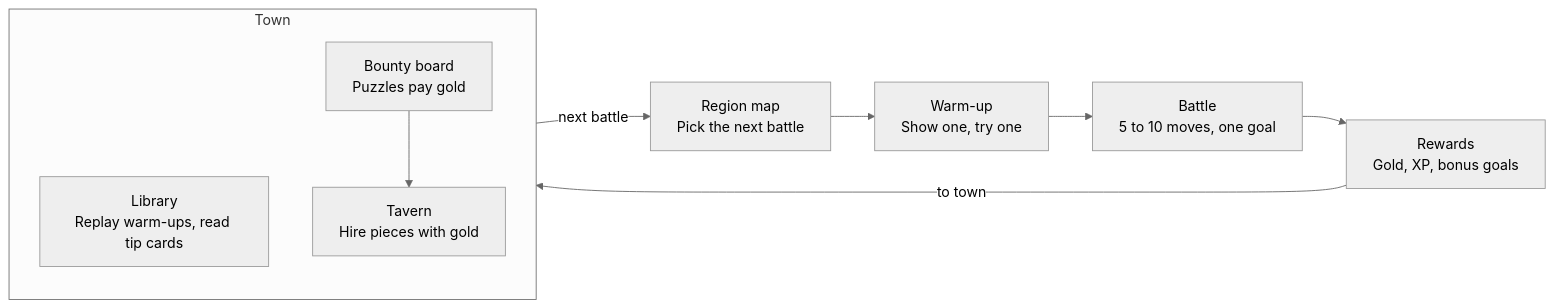
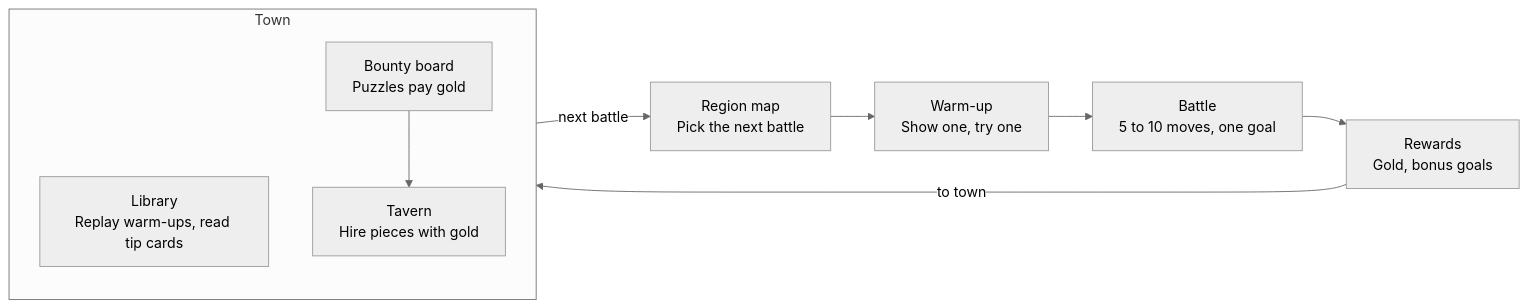
The diagram in docs/design.md (avoidthekitchen/chess-rpg-gauntlet), drawn with Mermaid (neutral theme) before and after one commit. The commit also changed other lines of this file and 8 other files, not shown here.

````diff
--- a/docs/design.md
+++ b/docs/design.md
@@ -23,12 +32,12 @@
 ```mermaid
 flowchart LR
     Map["Region map<br/>Pick the next battle"] --> Warmup["Warm-up<br/>Show one, try one"]
     Warmup --> Battle["Battle<br/>5 to 10 moves, one goal"]
-    Battle --> Rewards["Rewards<br/>Gold, XP, bonus goals"]
+    Battle --> Rewards["Rewards<br/>Gold, bonus goals"]
     Rewards -->|to town| Town
     subgraph Town
         Library["Library<br/>Replay warm-ups, read tip cards"]
         Bounty["Bounty board<br/>Puzzles pay gold"] --> Tavern["Tavern<br/>Hire pieces with gold"]
     end
     Town -->|next battle| Map
 ```
````
